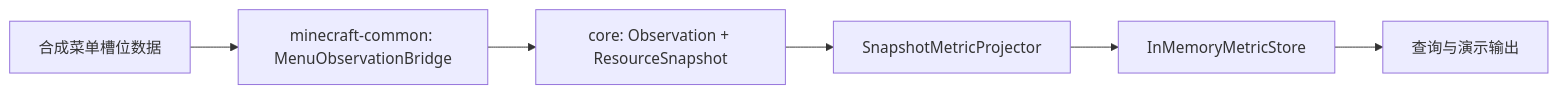
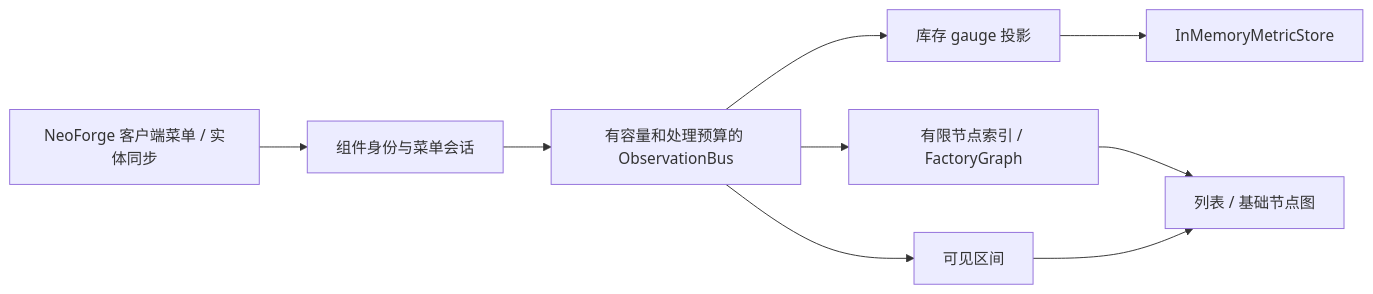
One commit to ChuanYuanNotBoat/factory-observability changed the diagram in docs/architecture.md. Above: the diagram before and after it, drawn with Mermaid. The commit also changed other lines of this file and 42 other files, not shown here.

Commit message:
feat: implement NeoForge client observation and inspector

````diff
--- a/docs/architecture.md
+++ b/docs/architecture.md
@@ -9,8 +9,11 @@
 ```mermaid
 flowchart LR
-    Input[合成菜单槽位数据] --> Bridge[minecraft-common: MenuObservationBridge]
-    Bridge --> Observation[core: Observation + ResourceSnapshot]
-    Observation --> Projector[SnapshotMetricProjector]
+    Input[NeoForge 客户端菜单 / 实体同步] --> Bridge[组件身份与菜单会话]
+    Bridge --> Bus[有容量和处理预算的 ObservationBus]
+    Bus --> Projector[库存 gauge 投影]
+    Bus --> Index[有限节点索引 / FactoryGraph]
+    Bus --> Timeline[可见区间]
     Projector --> Store[InMemoryMetricStore]
-    Store --> Demo[查询与演示输出]
+    Index --> UI[列表 / 基础节点图]
+    Timeline --> UI
 ```
````
